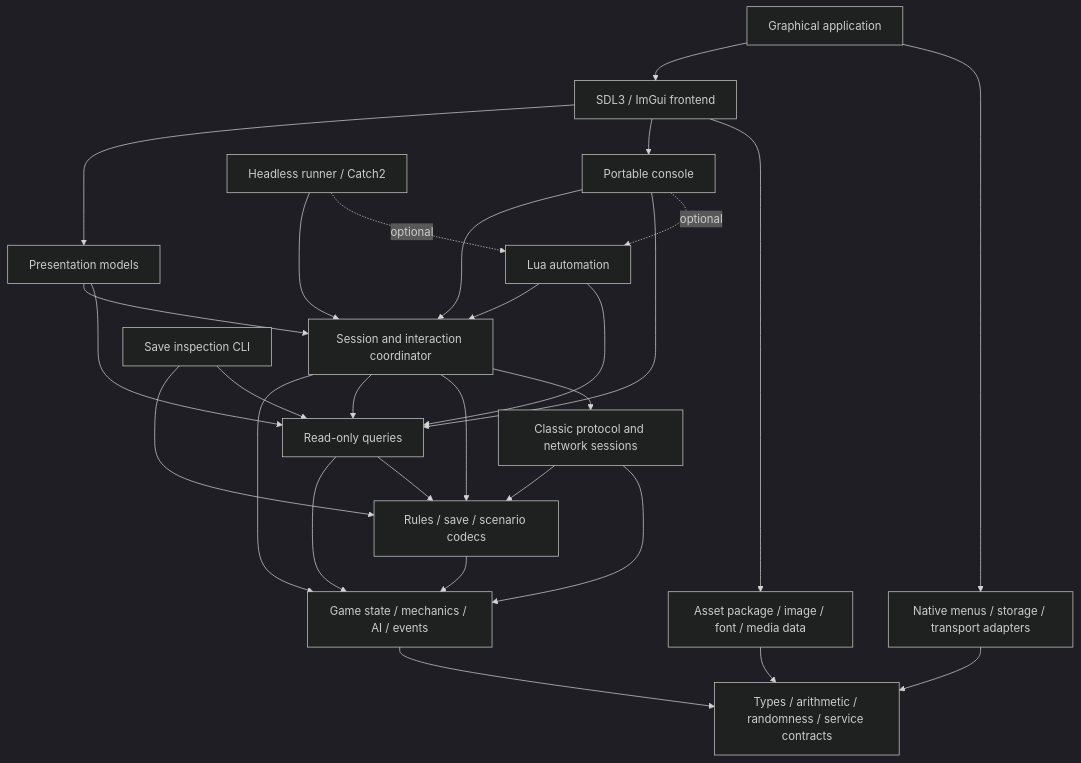
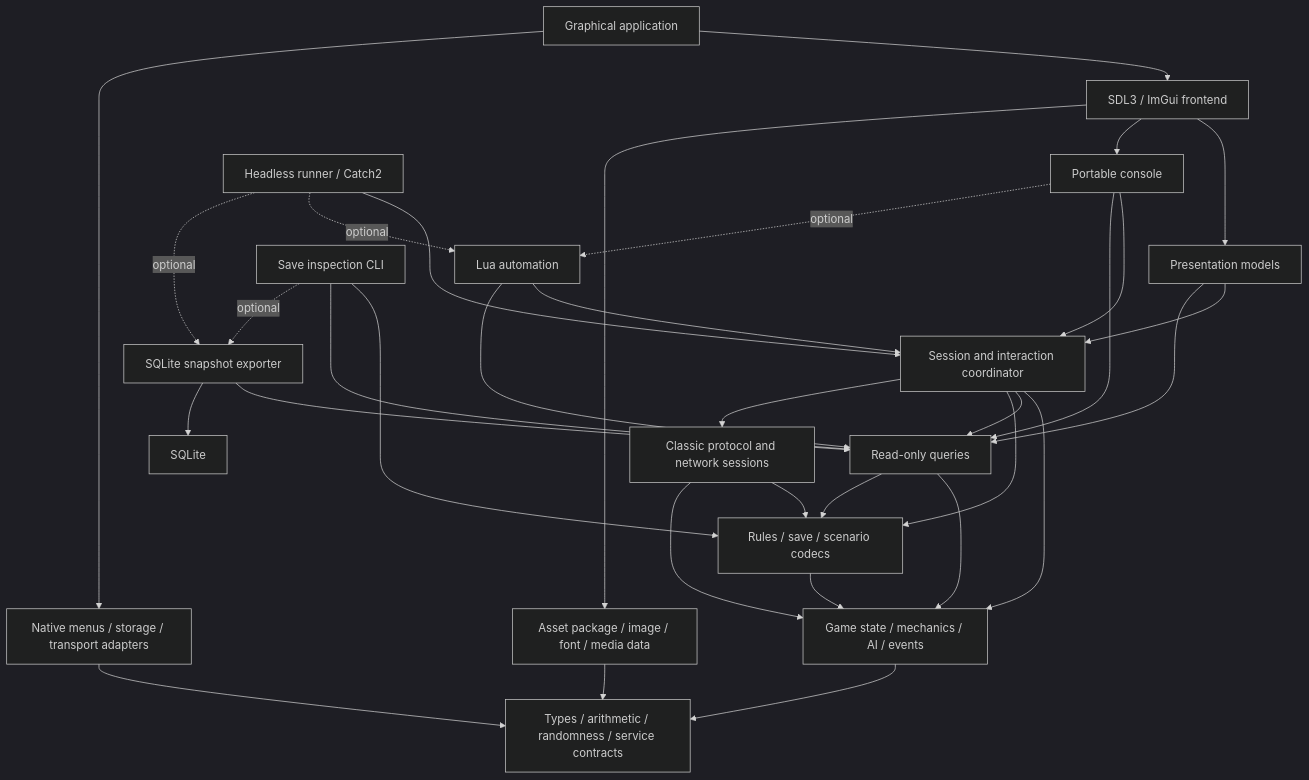
The diagram in docs/architecture.md (PeterJohnson/openciv2-cleanroom), drawn with Mermaid (dark theme) before and after one commit. The commit also changed other lines of this file and 1 other file, not shown here.

Commit message:
Specify C++ runtime state and optional SQLite analysis export

````diff
--- a/docs/architecture.md
+++ b/docs/architecture.md
@@ -68,31 +68,35 @@
 ```mermaid
 flowchart TD
     app[Graphical application] --> frontend[SDL3 / ImGui frontend]
     app --> platform[Native menus / storage / transport adapters]
     frontend --> views[Presentation models]
     views --> session[Session and interaction coordinator]
     views --> query[Read-only queries]
     frontend --> console[Portable console]
     console --> session
     console --> query
     console -. optional .-> automation[Lua automation]
     automation --> session
     automation --> query
     cli[Save inspection CLI] --> formats[Rules / save / scenario codecs]
     cli --> query
+    cli -. optional .-> export[SQLite snapshot exporter]
+    export --> query
+    export --> sqlite[SQLite]
     runner[Headless runner / Catch2] --> session
     runner -. optional .-> automation
+    runner -. optional .-> export
     session --> game[Game state / mechanics / AI / events]
     session --> query
     session --> formats
     session --> network[Classic protocol and network sessions]
     network --> formats
     network --> game
     formats --> game
     query --> game
     query --> formats
     frontend --> content[Asset package / image / font / media data]
     content --> base[Types / arithmetic / randomness / service contracts]
     game --> base
     platform --> base
 ```
````
